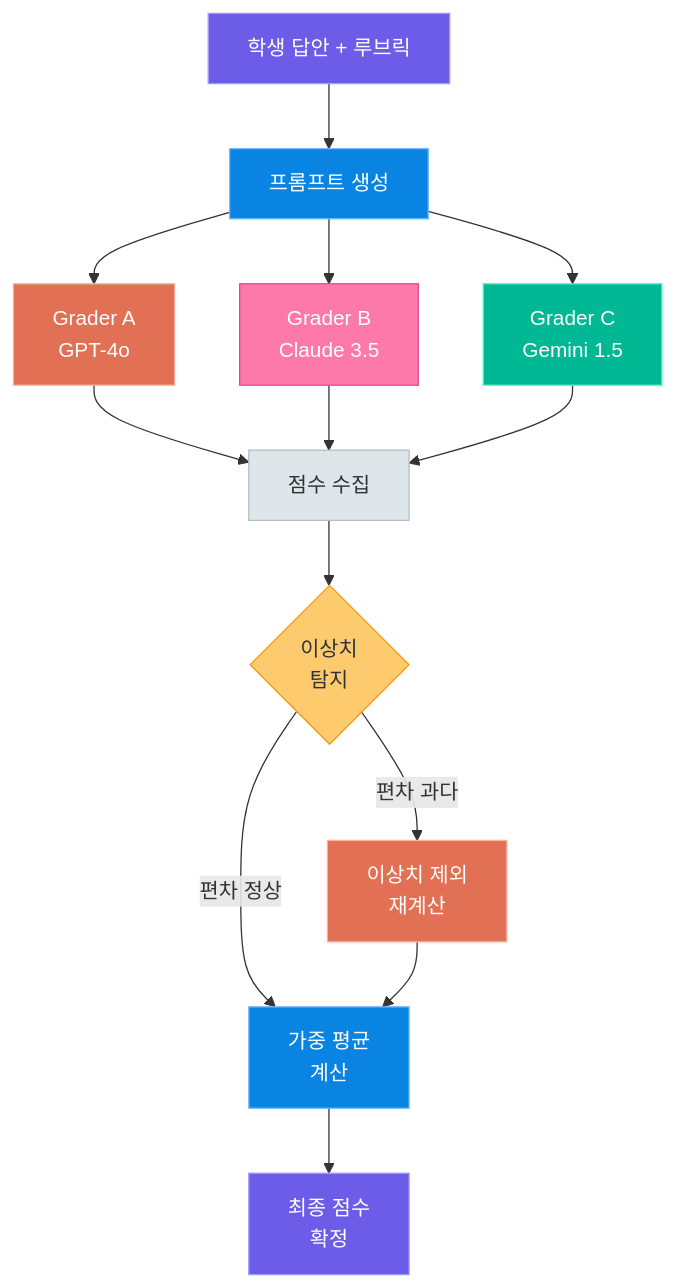
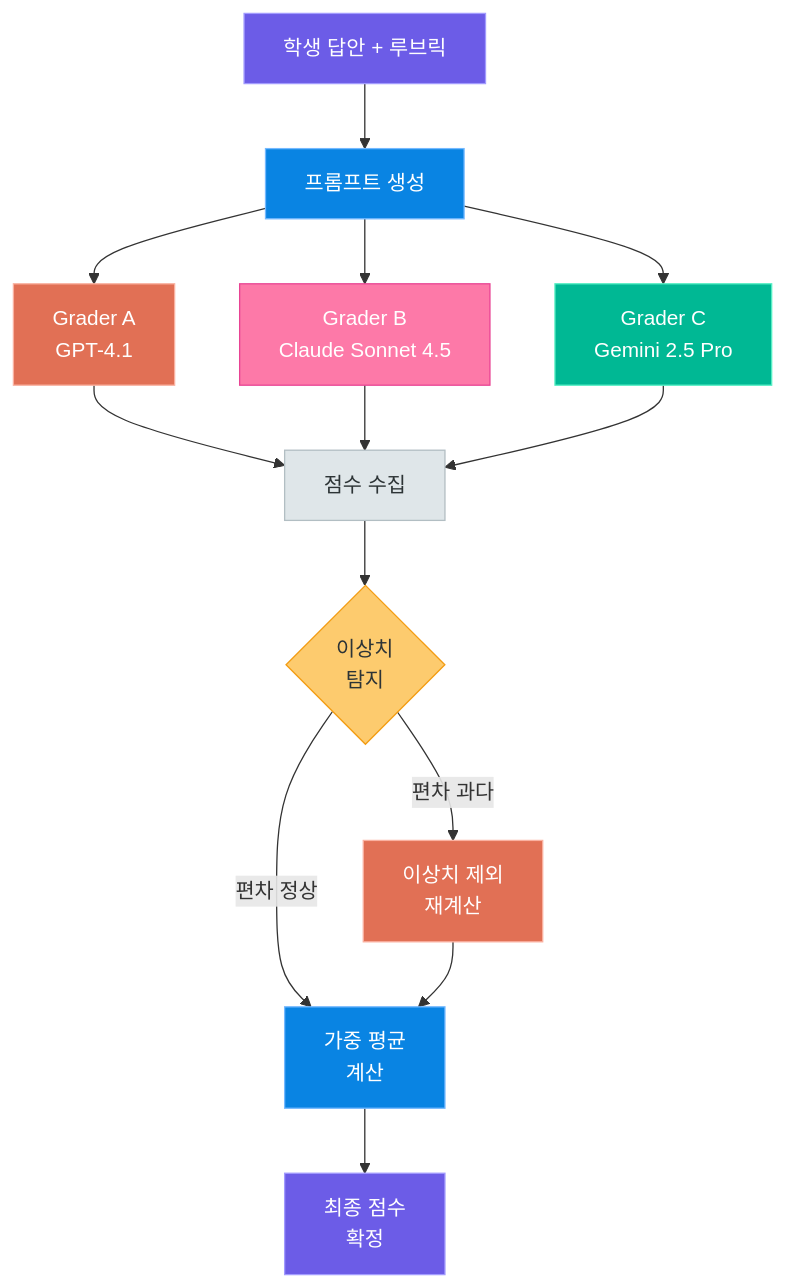
Before and after one commit to lovehyun/tutorial-genai: the second of 4 diagrams in 0.docs/06_genai_applied/03_exam_grading_service.md, drawn with Mermaid. The commit also changed other lines of this file and 20 other files, not shown here.

````diff
--- a/0.docs/06_genai_applied/03_exam_grading_service.md
+++ b/0.docs/06_genai_applied/03_exam_grading_service.md
@@ -322,26 +322,26 @@
 ```mermaid
 flowchart TB
     A["학생 답안 + 루브릭"] --> B["프롬프트 생성"]
-    B --> C["Grader A\nGPT-4o"]
-    B --> D["Grader B\nClaude 3.5"]
-    B --> E["Grader C\nGemini 1.5"]
+    B --> C["Grader A\nGPT-4.1"]
+    B --> D["Grader B\nClaude Sonnet 4.5"]
+    B --> E["Grader C\nGemini 2.5 Pro"]
     C --> F["점수 수집"]
     D --> F
     E --> F
     F --> G{"이상치\n탐지"}
     G -->|"편차 정상"| H["가중 평균\n계산"]
     G -->|"편차 과다"| I["이상치 제외\n재계산"]
     I --> H
     H --> J["최종 점수\n확정"]
 
     style A fill:#6c5ce7,stroke:#a29bfe,color:#fff
     style B fill:#0984e3,stroke:#74b9ff,color:#fff
     style C fill:#e17055,stroke:#fab1a0,color:#fff
     style D fill:#fd79a8,stroke:#e84393,color:#fff
     style E fill:#00b894,stroke:#55efc4,color:#fff
     style F fill:#dfe6e9,stroke:#b2bec3,color:#2d3436
     style G fill:#fdcb6e,stroke:#f39c12,color:#2d3436
     style H fill:#0984e3,stroke:#74b9ff,color:#fff
     style I fill:#e17055,stroke:#fab1a0,color:#fff
     style J fill:#6c5ce7,stroke:#a29bfe,color:#fff
 ```
````
